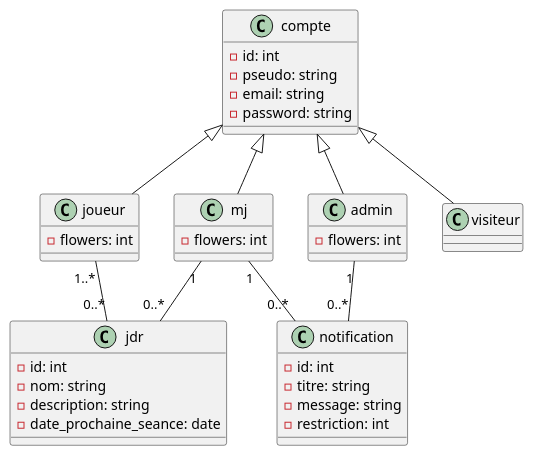
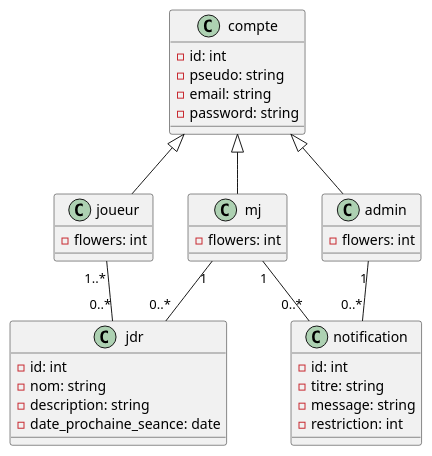
The diagram in diagramme des classes.puml (MaximeGondariz/Chroniques-Edelweiss), drawn with PlantUML before and after one commit. The commit also changed 3 other files, not shown here.

```diff
--- a/diagramme des classes.puml
+++ b/diagramme des classes.puml
@@ -1,48 +1,47 @@
 @startuml
 
 class compte{
     -id: int
     -pseudo: string
     -email: string
     -password: string
 }
 
 class jdr{
     -id: int
     -nom: string
     -description: string
     -date_prochaine_seance: date
 }
 
 class notification{
     -id: int
     -titre: string
     -message: string
     -restriction: int
 }
 
 class joueur{
     -flowers: int
 }
 
 class mj{
     -flowers: int
 
 }
 
 class admin{
     -flowers: int
 }
 
-compte <|-- visiteur
 compte <|-- admin
 compte <|-- joueur
 compte <|-- mj
 
 joueur "1..*" --  "0..*" jdr
 mj "1" --  "0..*" jdr
 
 mj "1" -- "0..*" notification
 admin "1" -- "0..*" notification
 
 @enduml
```
